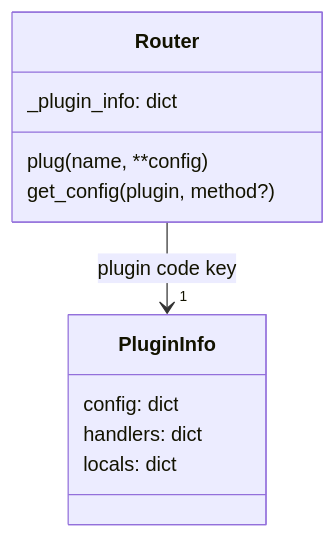
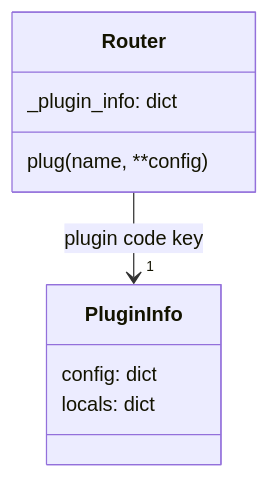
One commit to genropy/genro-routes changed the second of 3 diagrams in docs/ARCHITECTURE.md. Above: the diagram before and after it, drawn with Mermaid. The commit also changed other lines of this file and 15 other files, not shown here.

````diff
--- a/docs/ARCHITECTURE.md
+++ b/docs/ARCHITECTURE.md
@@ -30,14 +30,12 @@
 ```mermaid
 classDiagram
   class Router {
     _plugin_info: dict
     plug(name, **config)
-    get_config(plugin, method?)
   }
   class PluginInfo {
     config: dict
-    handlers: dict<method, dict>
     locals: dict
   }
   Router --> "1" PluginInfo : plugin code key
 ```
````
